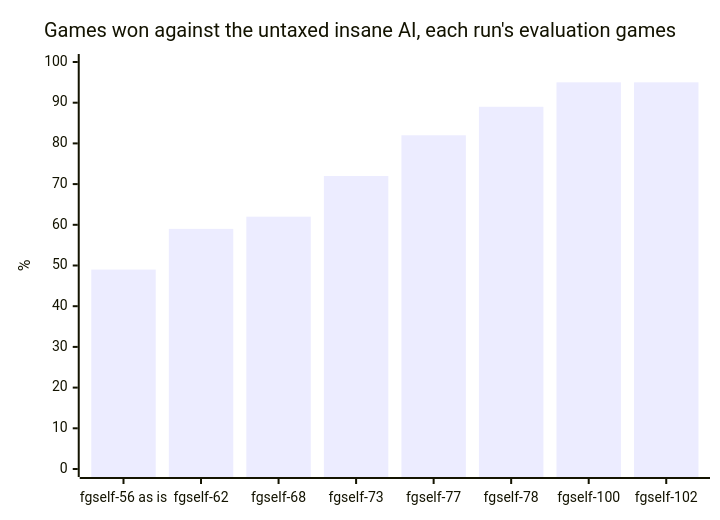
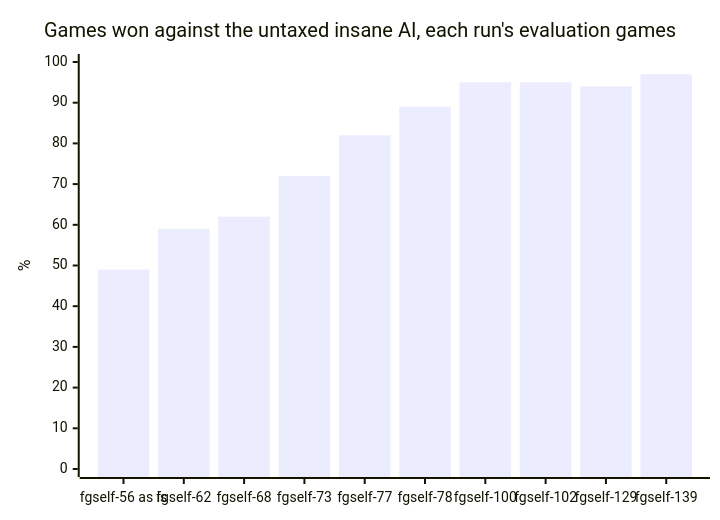
Before and after one commit to RobinKa/warcraftsim: the second of 2 diagrams in docs/experiments.md, drawn with Mermaid. The commit also changed other lines of this file and 8 other files, not shown here.

````diff
--- a/docs/experiments.md
+++ b/docs/experiments.md
@@ -21,7 +21,7 @@
 ```mermaid
 xychart-beta
   title "Games won against the untaxed insane AI, each run's evaluation games"
-  x-axis ["fgself-56 as is", "fgself-62", "fgself-68", "fgself-73", "fgself-77", "fgself-78", "fgself-100", "fgself-102"]
+  x-axis ["fgself-56 as is", "fgself-62", "fgself-68", "fgself-73", "fgself-77", "fgself-78", "fgself-100", "fgself-102", "fgself-129", "fgself-139"]
   y-axis "%" 0 --> 100
-  bar [49, 59, 62, 72, 82, 89, 95, 95]
+  bar [49, 59, 62, 72, 82, 89, 95, 95, 94, 97]
 ```
````
